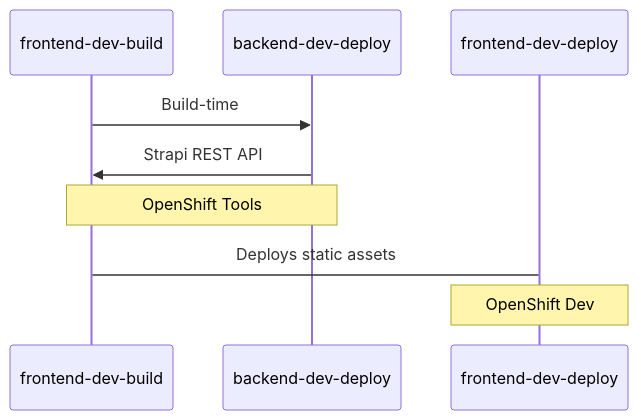
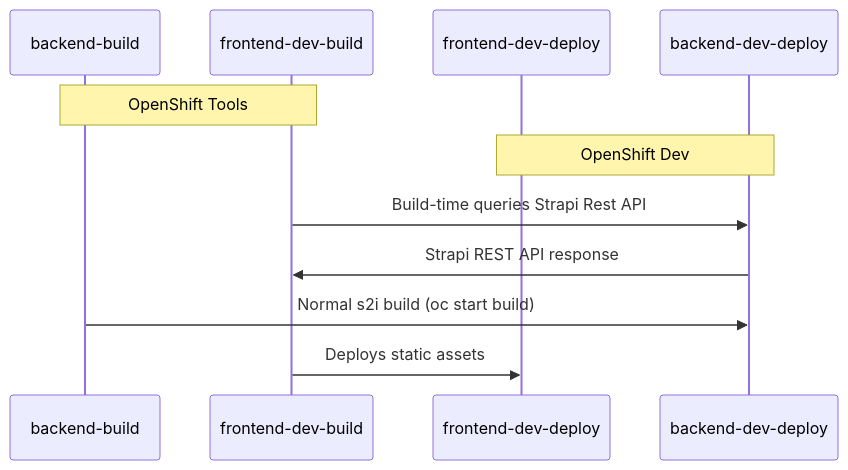
One commit to bcgov/foi-help changed the diagram in openshift/templates/readme.md. Above: the diagram before and after it, drawn with Mermaid. The commit also changed other lines of this file, not shown here.

Commit message:
Update mermaid diagram

````diff
--- a/openshift/templates/readme.md
+++ b/openshift/templates/readme.md
@@ -3,8 +4,9 @@
 ```mermaid
 sequenceDiagram
-   frontend-dev-build->>backend-dev-deploy: Build-time
-   backend-dev-deploy->>frontend-dev-build: Strapi REST API
-   Note over backend-dev-deploy,frontend-dev-build: OpenShift Tools
-   frontend-dev-build->frontend-dev-deploy: Deploys static assets
-   Note over frontend-dev-deploy: OpenShift Dev
+   Note over backend-build,frontend-dev-build: OpenShift Tools
+   Note over frontend-dev-deploy,backend-dev-deploy: OpenShift Dev
+   frontend-dev-build->>backend-dev-deploy: Build-time queries Strapi Rest API
+   backend-dev-deploy->>frontend-dev-build: Strapi REST API response
+   backend-build->>backend-dev-deploy: Normal s2i build (oc start build)
+   frontend-dev-build->>frontend-dev-deploy: Deploys static assets
 ```
````
